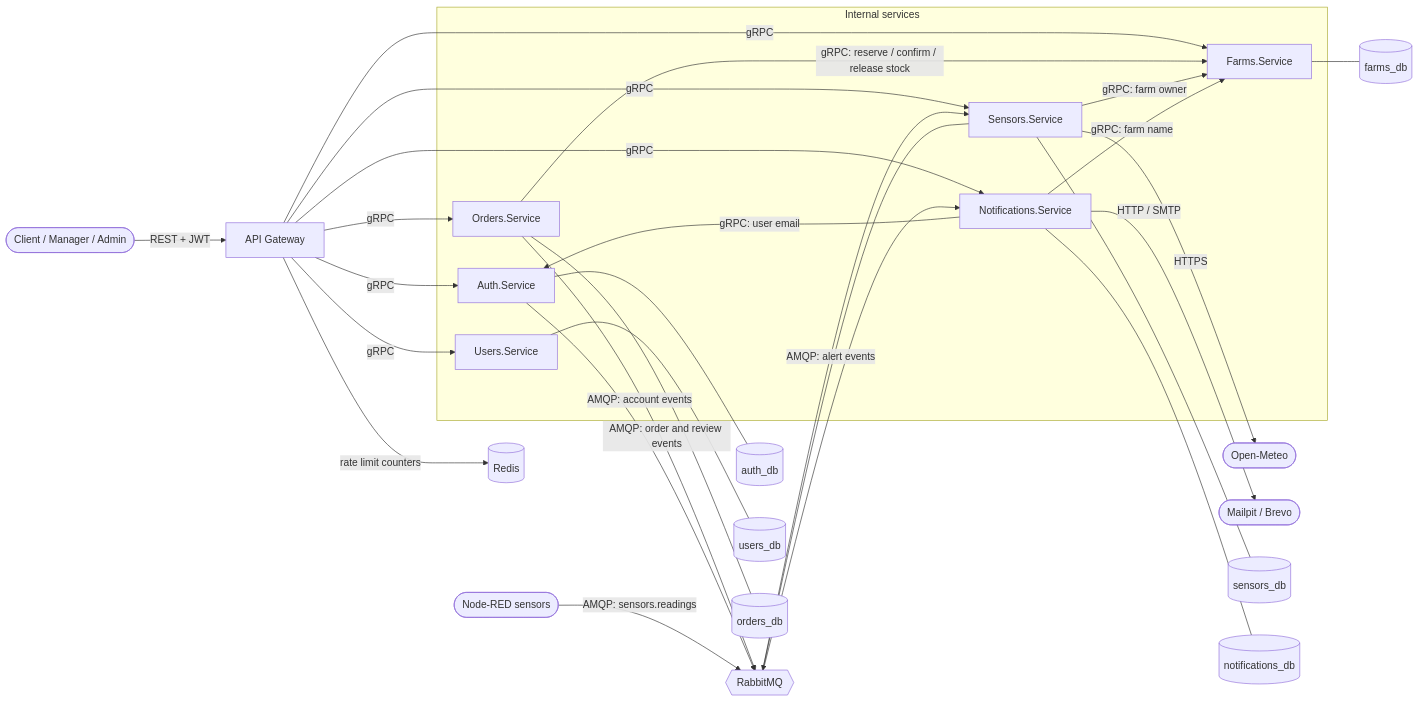
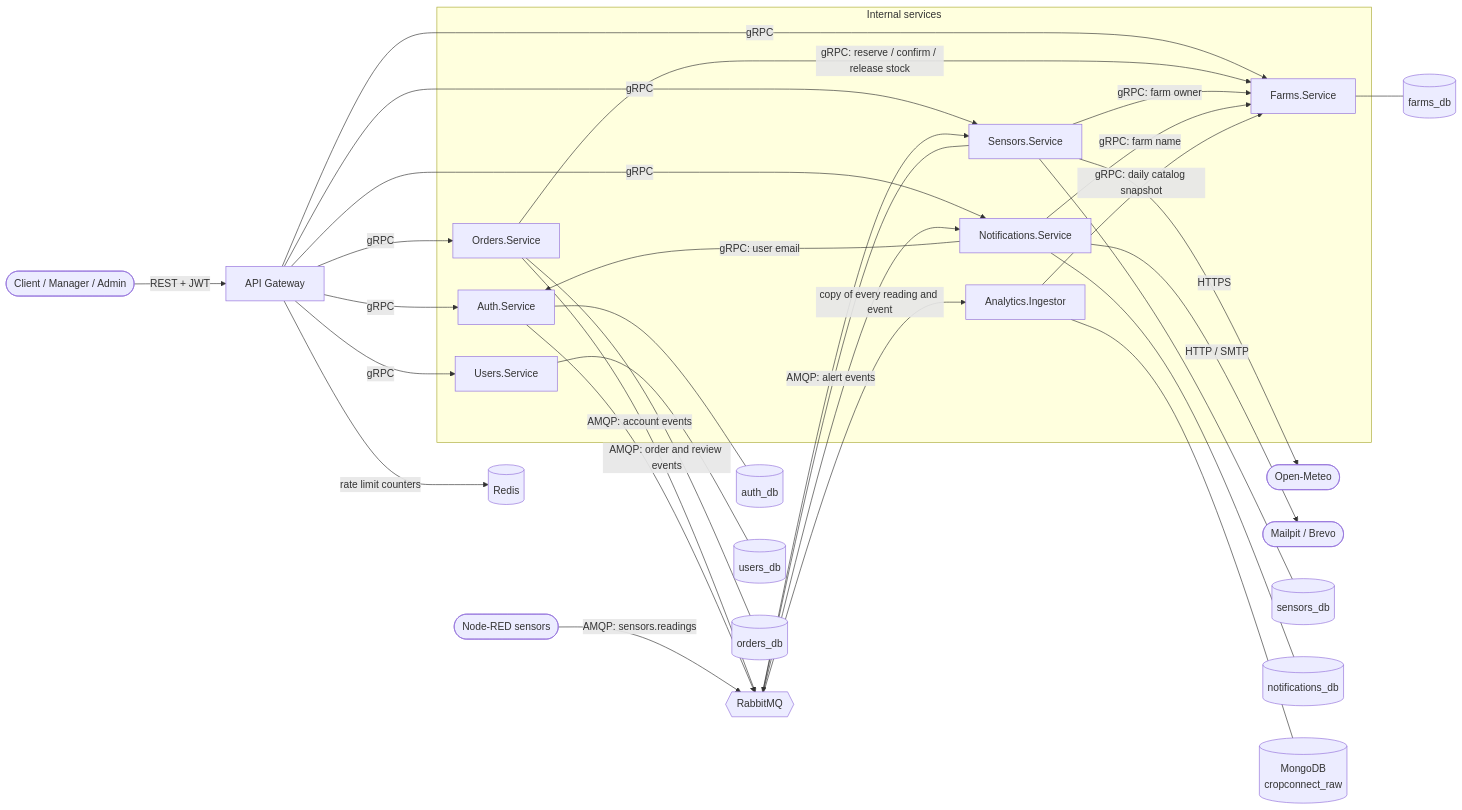
The first of 2 diagrams in docs/architecture.md (brndz1/CropConnect), drawn with Mermaid before and after one commit. The commit also changed other lines of this file and 6 other files, not shown here.

First line of the commit message:
docs: Describe the analytics ingestor, the raw zone and the backfill

````diff
--- a/docs/architecture.md
+++ b/docs/architecture.md
@@ -6,37 +7,41 @@
 ```mermaid
 flowchart LR
     client([Client / Manager / Admin]) -- REST + JWT --> gw[API Gateway]
 
     subgraph services [Internal services]
         auth[Auth.Service]
         users[Users.Service]
         farms[Farms.Service]
         orders[Orders.Service]
         sensors[Sensors.Service]
         notif[Notifications.Service]
+        ingestor[Analytics.Ingestor]
     end
 
     gw -- gRPC --> auth & users & farms & orders & sensors & notif
     gw -- "rate limit counters" --> redis[(Redis)]
     orders -- "gRPC: reserve / confirm / release stock" --> farms
     sensors -- "gRPC: farm owner" --> farms
     notif -- "gRPC: farm name" --> farms
     notif -- "gRPC: user email" --> auth
 
     nodered([Node-RED sensors]) -- AMQP: sensors.readings --> mq{{RabbitMQ}}
     mq --> sensors
     orders -- "AMQP: order and review events" --> mq
     sensors -- "AMQP: alert events" --> mq
     auth -- "AMQP: account events" --> mq
     mq --> notif
+    mq -- "copy of every reading and event" --> ingestor
+    ingestor -- "gRPC: daily catalog snapshot" --> farms
 
     sensors -- HTTPS --> meteo([Open-Meteo])
     notif -- "HTTP / SMTP" --> mail([Mailpit / Brevo])
 
     auth --- authdb[(auth_db)]
     users --- usersdb[(users_db)]
     farms --- farmsdb[(farms_db)]
     orders --- ordersdb[(orders_db)]
     sensors --- sensorsdb[(sensors_db)]
     notif --- notifdb[(notifications_db)]
+    ingestor --- rawdb[(MongoDB<br/>cropconnect_raw)]
 ```
````
